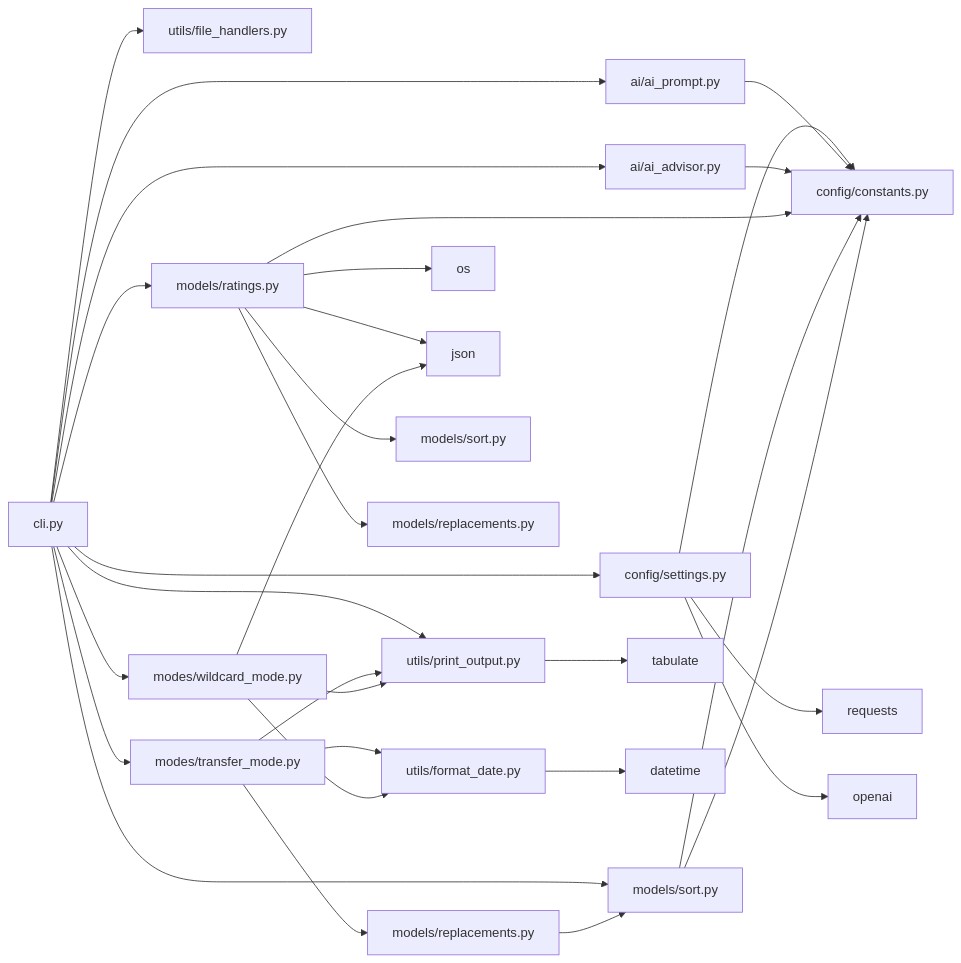
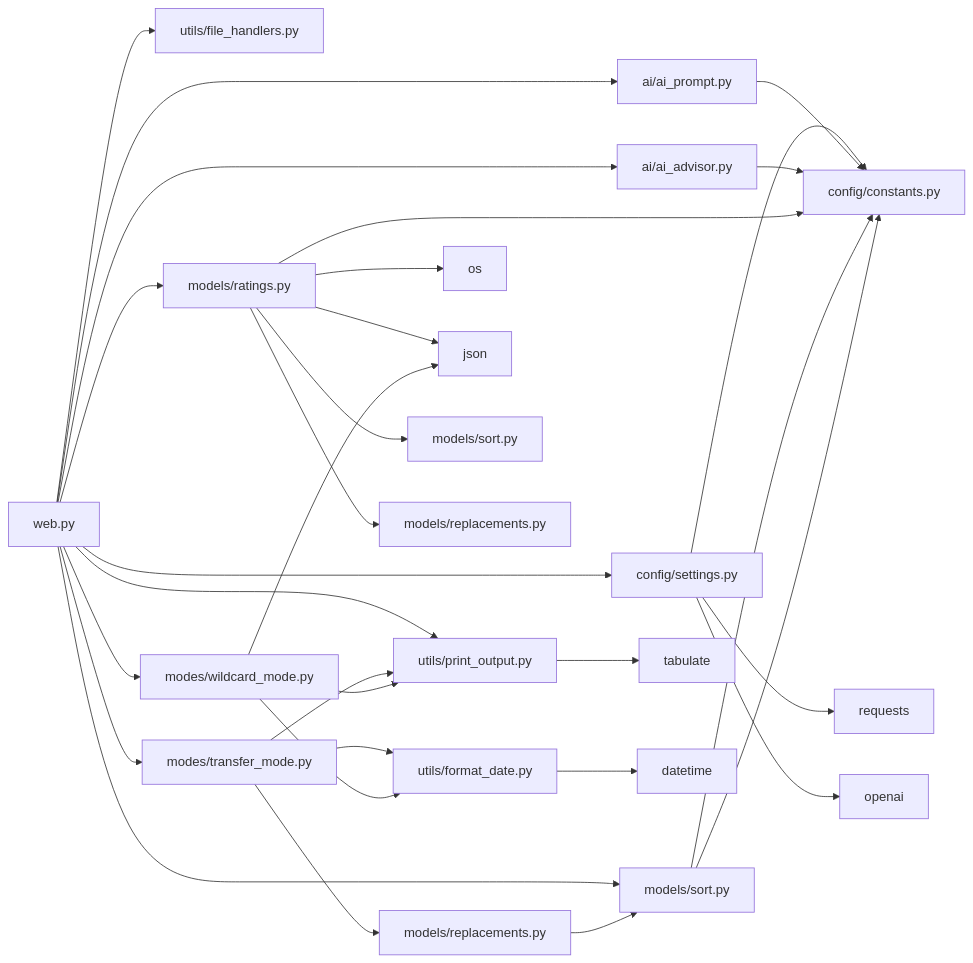
One commit to hutchybop/FPLGaffer changed the second of 2 diagrams in docs/ARCHITECTURE_REFERENCE.md. Above: the diagram before and after it, drawn with Mermaid. The commit also changed other lines of this file and 10 other files, not shown here.

````diff
--- a/docs/ARCHITECTURE_REFERENCE.md
+++ b/docs/ARCHITECTURE_REFERENCE.md
@@ -80,34 +80,34 @@
 ```mermaid
 graph LR
-    A[cli.py] --> B[config/settings.py]
+    A[web.py] --> B[config/settings.py]
     A --> C[ai/ai_prompt.py]
     A --> D[ai/ai_advisor.py]
     A --> E[utils/file_handlers.py]
     A --> F[utils/print_output.py]
     A --> G[models/ratings.py]
     A --> H[models/sort.py]
     A --> I[modes/transfer_mode.py]
     A --> J[modes/wildcard_mode.py]
     
     B --> K[config/constants.py]
     C --> K
     D --> K
     G --> K
     H --> K
     I --> L[models/replacements.py]
     I --> M[utils/format_date.py]
     I --> F
     J --> M
     J --> F
     L --> H
     H --> K
     F --> N[tabulate]
     G --> O[os]
     M --> P[datetime]
     B --> Q[requests]
     B --> R[openai]
     G --> S[json]
     J --> S
     G --> T[models/sort.py]
     G --> U[models/replacements.py]
 ```
````
